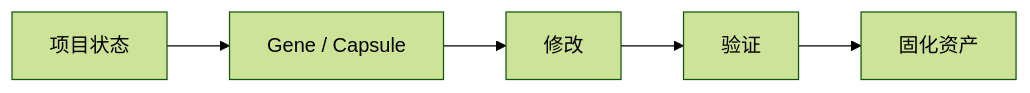
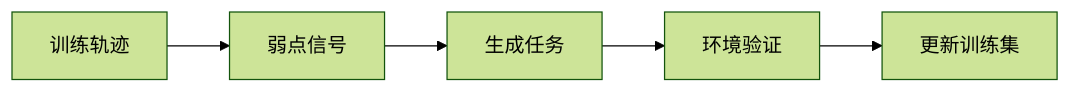
One commit to pofossette/guidebooks changed diagram 19 of 20 in docs/agent-engineering/self-evolve/路线总览.md. Above: the diagram before and after it, drawn with Mermaid (forest theme). The commit also changed other lines of this file and 11 other files, not shown here.

````diff
--- a/docs/agent-engineering/self-evolve/路线总览.md
+++ b/docs/agent-engineering/self-evolve/路线总览.md
@@ -293,7 +317,7 @@
 ```mermaid
 flowchart LR
-    A7[项目状态] --> B7[Gene / Capsule]
-    B7 --> C7[修改]
-    C7 --> D7[验证]
-    D7 --> E7[固化资产]
+    A7[训练轨迹] --> B7[弱点信号]
+    B7 --> C7[生成任务]
+    C7 --> D7[环境验证]
+    D7 --> E7[更新训练集]
 ```
````
